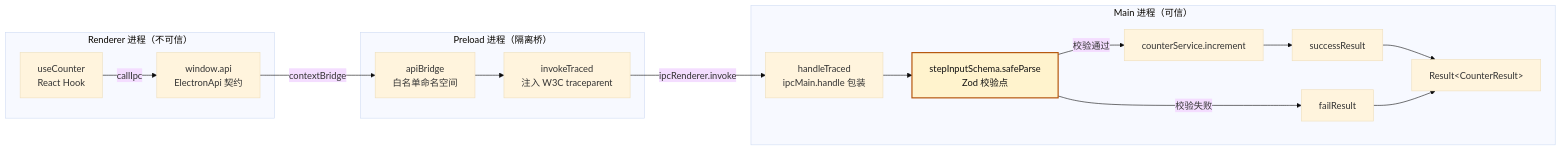
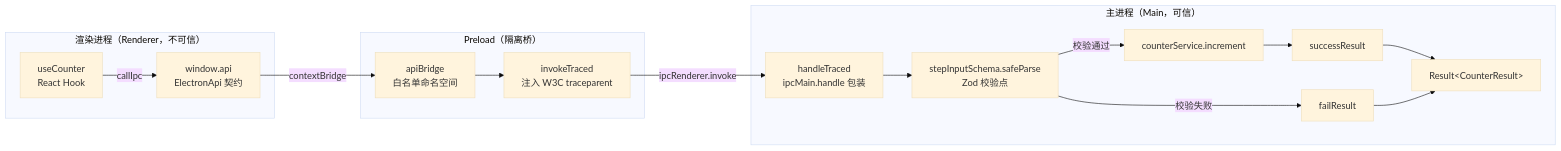
The diagram in packages/docs/src/pages/security/ipc-contract.md (BanShan-Alec/electron-react-monorepo-template), drawn with Mermaid (base theme) before and after one commit. The commit also changed other lines of this file and 45 other files, not shown here.

Commit message:
feat(docs): 重构 mermaid 图预览与放大交互，统一文档写作规范 (#77)

````diff
--- a/packages/docs/src/pages/security/ipc-contract.md
+++ b/packages/docs/src/pages/security/ipc-contract.md
@@ -24,31 +24,29 @@
 ```mermaid
 flowchart LR
-  subgraph R["Renderer 进程（不可信）"]
+  subgraph renderer["渲染进程（Renderer，不可信）"]
     UI["useCounter<br/>React Hook"]
     API["window.api<br/>ElectronApi 契约"]
   end
-  subgraph P["Preload 进程（隔离桥）"]
+  subgraph preload["Preload（隔离桥）"]
     BRIDGE["apiBridge<br/>白名单命名空间"]
     TRACE["invokeTraced<br/>注入 W3C traceparent"]
   end
-  subgraph M["Main 进程（可信）"]
+  subgraph main["主进程（Main，可信）"]
     HANDLE["handleTraced<br/>ipcMain.handle 包装"]
     ZOD["stepInputSchema.safeParse<br/>Zod 校验点"]
     SVC["counterService.increment"]
     OK["successResult"]
     FAIL["failResult"]
     RESULT["Result&lt;CounterResult&gt;"]
   end
   UI -->|"callIpc"| API
   API -->|"contextBridge"| BRIDGE
   BRIDGE --> TRACE
   TRACE -->|"ipcRenderer.invoke"| HANDLE
   HANDLE --> ZOD
   ZOD -->|"校验通过"| SVC
   SVC --> OK
   OK --> RESULT
   ZOD -->|"校验失败"| FAIL
   FAIL --> RESULT
-  classDef validate fill:#fff3cd,stroke:#b45309,stroke-width:2px,color:#111
-  class ZOD validate
 ```
````
